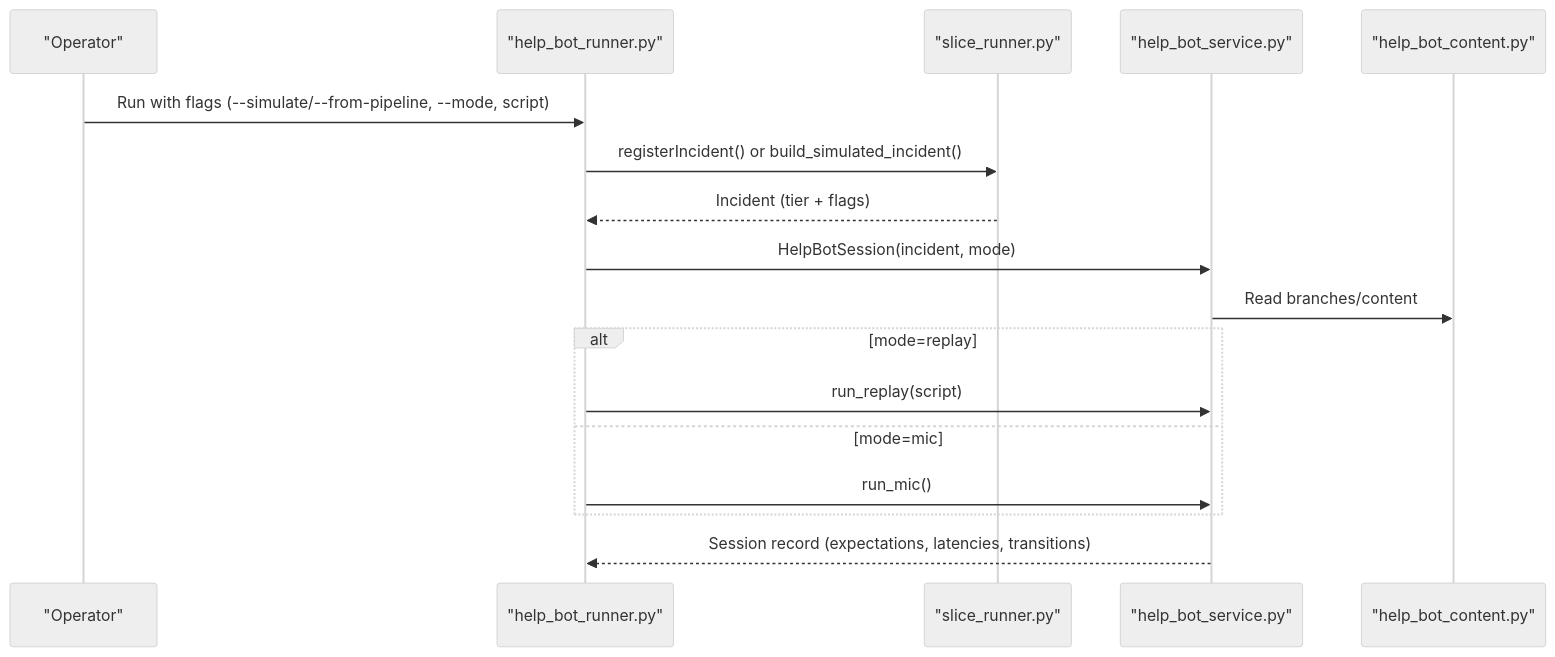
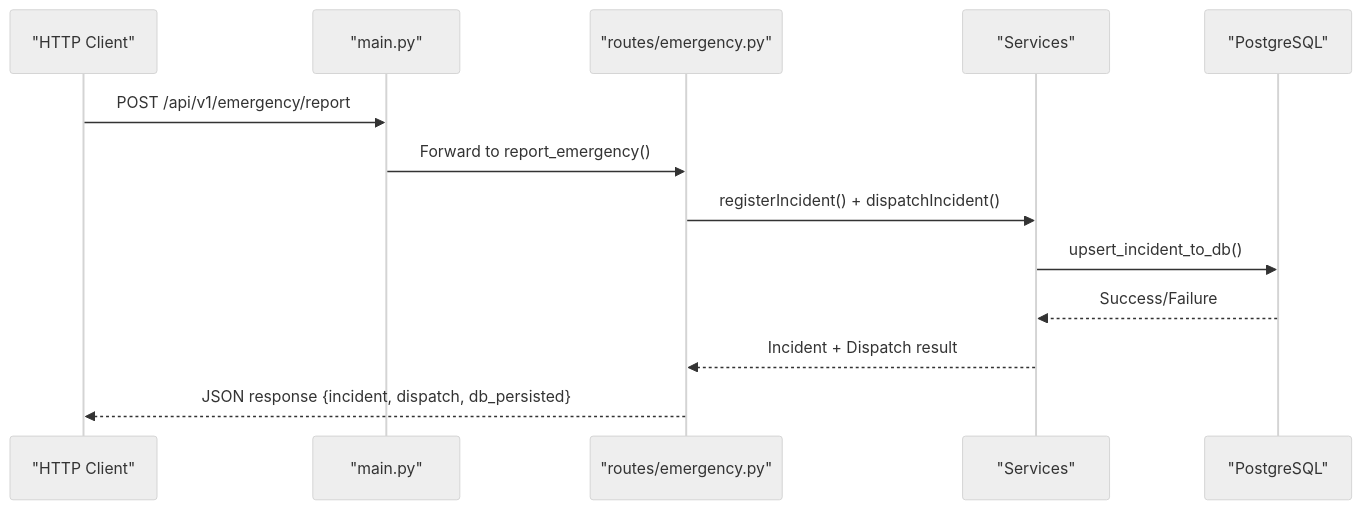
The second of 2 diagrams in .qoder/repowiki/en/content/API Reference.md (M-Rumman/LifeLine-Ride), drawn with Mermaid (neutral theme) before and after one commit. The commit also changed other lines of this file and 727 other files, not shown here.

````diff
--- a/.qoder/repowiki/en/content/API Reference.md
+++ b/.qoder/repowiki/en/content/API Reference.md
@@ -111,19 +149,15 @@
 ```mermaid
 sequenceDiagram
-participant User as "Operator"
-participant CLI as "help_bot_runner.py"
-participant S as "slice_runner.py"
-participant HB as "help_bot_service.py"
-participant C as "help_bot_content.py"
-User->>CLI : Run with flags (--simulate/--from-pipeline, --mode, script)
-CLI->>S : registerIncident() or build_simulated_incident()
-S-->>CLI : Incident (tier + flags)
-CLI->>HB : HelpBotSession(incident, mode)
-HB->>C : Read branches/content
-alt mode=replay
-CLI->>HB : run_replay(script)
-else mode=mic
-CLI->>HB : run_mic()
-end
-HB-->>CLI : Session record (expectations, latencies, transitions)
+participant Client as "HTTP Client"
+participant Main as "main.py"
+participant Router as "routes/emergency.py"
+participant Service as "Services"
+participant DB as "PostgreSQL"
+Client->>Main : POST /api/v1/emergency/report
+Main->>Router : Forward to report_emergency()
+Router->>Service : registerIncident() + dispatchIncident()
+Service->>DB : upsert_incident_to_db()
+DB-->>Service : Success/Failure
+Service-->>Router : Incident + Dispatch result
+Router-->>Client : JSON response {incident, dispatch, db_persisted}
 ```
````
